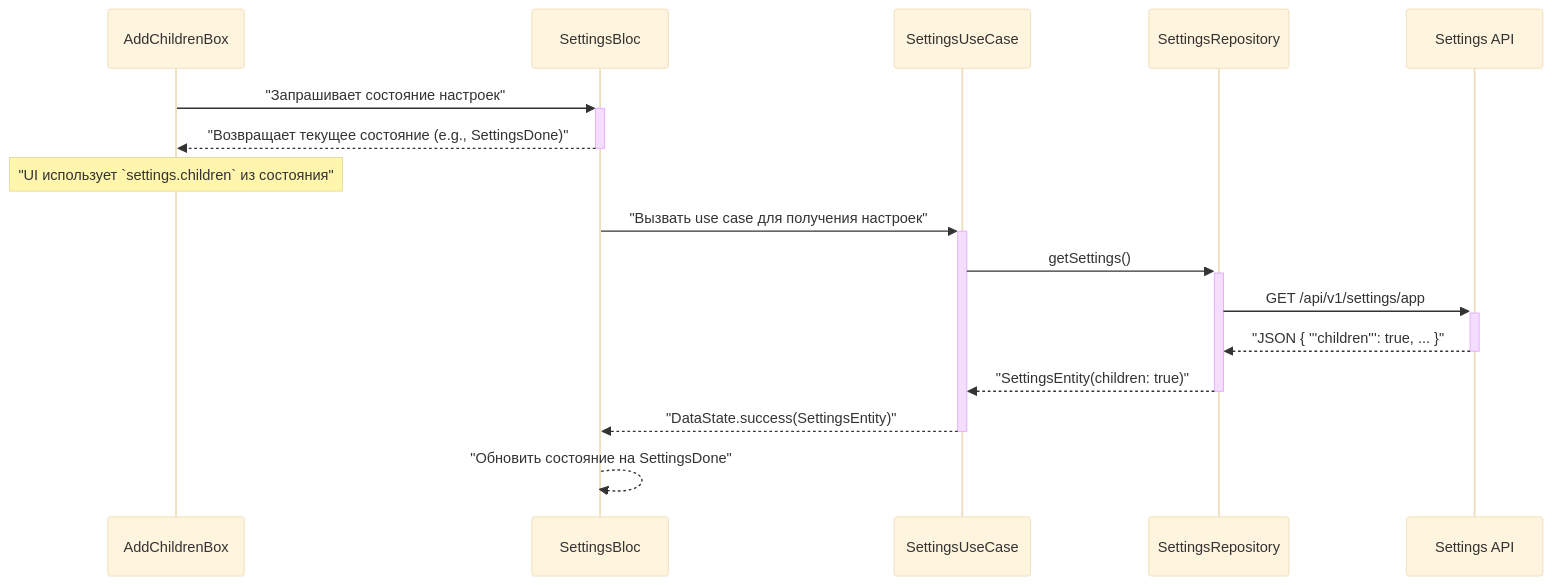
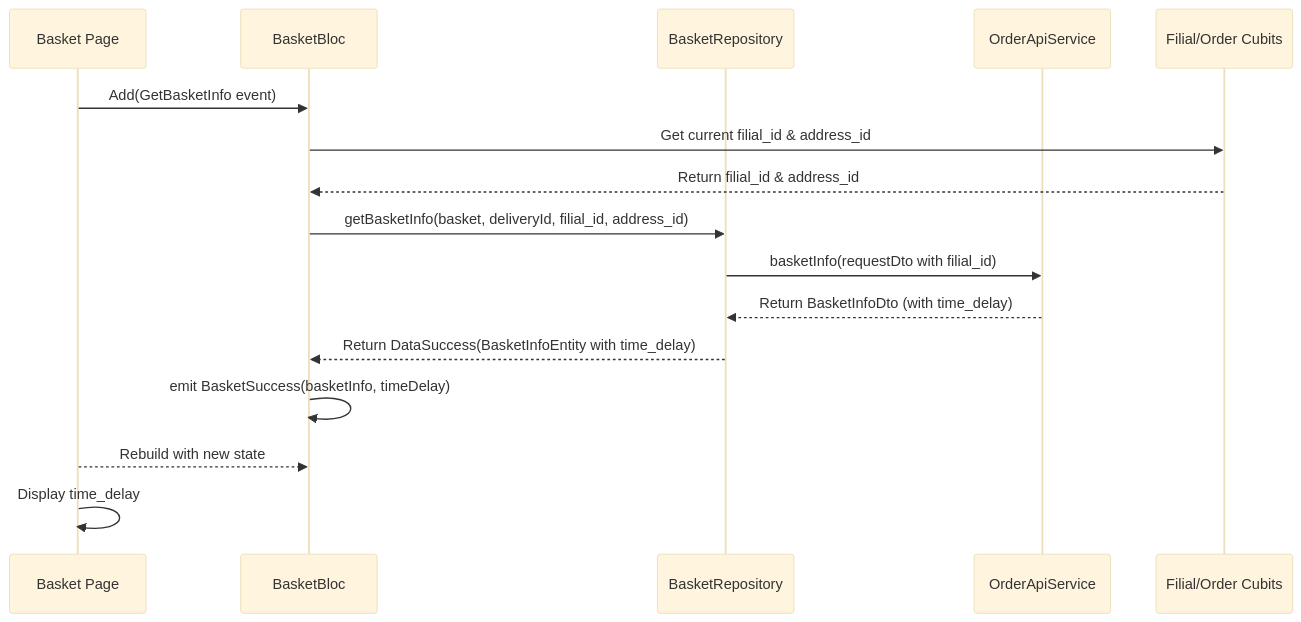
The diagram in MODIFICATION_DESIGN.md (neo321654/app), drawn with Mermaid (base theme) before and after one commit. The commit also changed other lines of this file and 8 other files, not shown here.

First line of the commit message:
feat(basket): Add fields for delivery time calculation

````diff
--- a/MODIFICATION_DESIGN.md
+++ b/MODIFICATION_DESIGN.md
@@ -110,21 +171,19 @@
 ```mermaid
 sequenceDiagram
-    participant UI as AddChildrenBox
-    participant BLoC as SettingsBloc
-    participant UseCase as SettingsUseCase
-    participant Repo as SettingsRepository
-    participant API as Settings API
+    participant UI as Basket Page
+    participant BLoC as BasketBloc
+    participant Repo as BasketRepository
+    participant API as OrderApiService
+    participant State as Filial/Order Cubits
 
-    UI->>+BLoC: "Запрашивает состояние настроек"
-    BLoC-->>-UI: "Возвращает текущее состояние (e.g., SettingsDone)"
-    Note over UI: "UI использует `settings.children` из состояния"
-
-    %% Первоначальная загрузка данных (где-то в приложении)
-    BLoC->>+UseCase: "Вызвать use case для получения настроек"
-    UseCase->>+Repo: getSettings()
-    Repo->>+API: GET /api/v1/settings/app
-    API-->>-Repo: "JSON { '''children''': true, ... }"
-    Repo-->>-UseCase: "SettingsEntity(children: true)"
-    UseCase-->>-BLoC: "DataState.success(SettingsEntity)"
-    BLoC-->>BLoC: "Обновить состояние на SettingsDone"
+    UI->>BLoC: Add(GetBasketInfo event)
+    BLoC->>State: Get current filial_id & address_id
+    State-->>BLoC: Return filial_id & address_id
+    BLoC->>Repo: getBasketInfo(basket, deliveryId, filial_id, address_id)
+    Repo->>API: basketInfo(requestDto with filial_id)
+    API-->>Repo: Return BasketInfoDto (with time_delay)
+    Repo-->>BLoC: Return DataSuccess(BasketInfoEntity with time_delay)
+    BLoC->>BLoC: emit BasketSuccess(basketInfo, timeDelay)
+    UI-->>BLoC: Rebuild with new state
+    UI->>UI: Display time_delay
 ```
````
